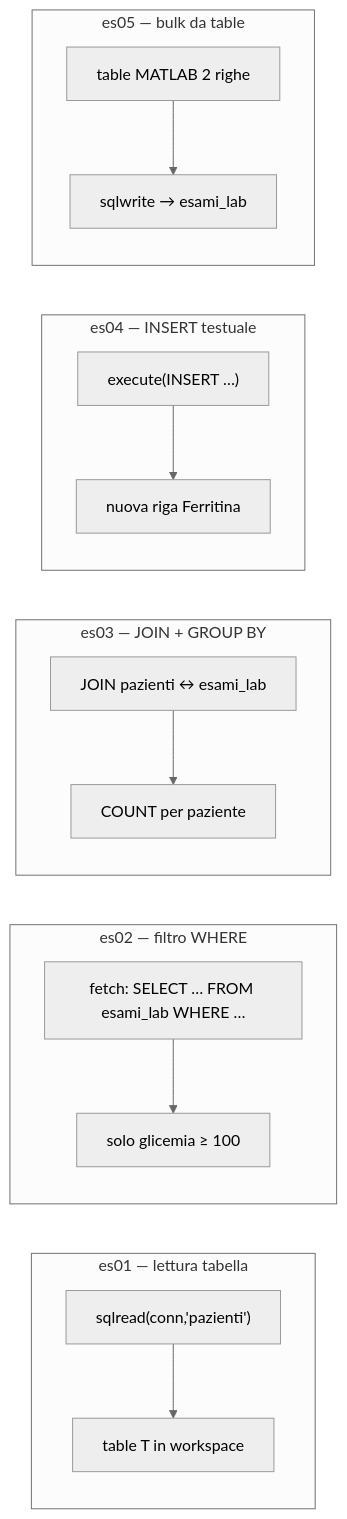
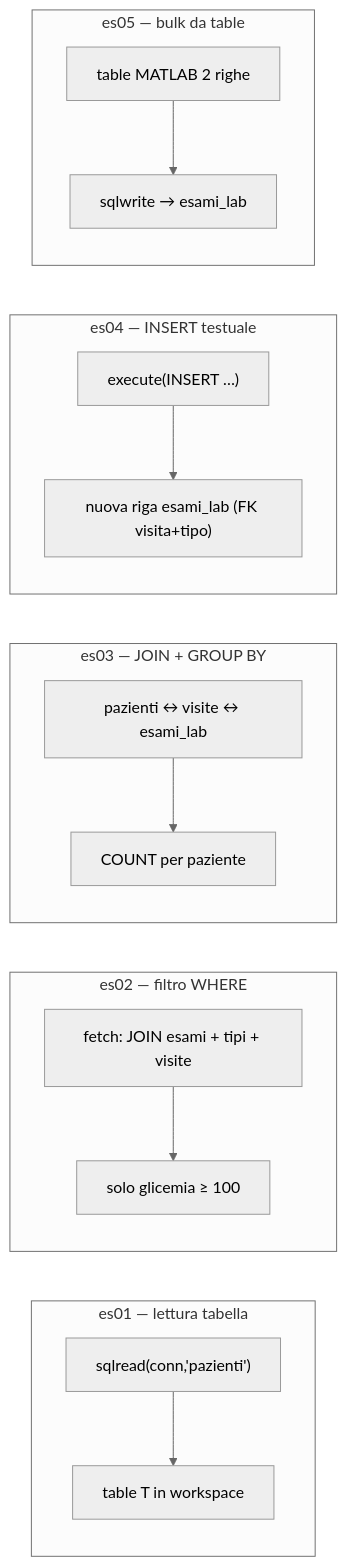
The third of 6 diagrams in 07-matlab-sqlite-database/README.md (lucadagati/Lab_Fondamenti_di_Informatica_25_26), drawn with Mermaid (neutral theme) before and after one commit. The commit also changed other lines of this file and 11 other files, not shown here.

First line of the commit message:
Lab 07: schema SQLite esteso a sei tabelle (LIS didattico)

````diff
--- a/07-matlab-sqlite-database/README.md
+++ b/07-matlab-sqlite-database/README.md
@@ -196,18 +240,18 @@
 ```mermaid
 flowchart LR
     subgraph es01["es01 — lettura tabella"]
         e1a["sqlread(conn,'pazienti')"] --> e1b["table T in workspace"]
     end
     subgraph es02["es02 — filtro WHERE"]
-        e2a["fetch: SELECT … FROM esami_lab WHERE …"] --> e2b["solo glicemia ≥ 100"]
+        e2a["fetch: JOIN esami + tipi + visite"] --> e2b["solo glicemia ≥ 100"]
     end
     subgraph es03["es03 — JOIN + GROUP BY"]
-        e3a["JOIN pazienti ↔ esami_lab"] --> e3b["COUNT per paziente"]
+        e3a["pazienti ↔ visite ↔ esami_lab"] --> e3b["COUNT per paziente"]
     end
     subgraph es04["es04 — INSERT testuale"]
-        e4a["execute(INSERT …)"] --> e4b["nuova riga Ferritina"]
+        e4a["execute(INSERT …)"] --> e4b["nuova riga esami_lab (FK visita+tipo)"]
     end
     subgraph es05["es05 — bulk da table"]
         e5a["table MATLAB 2 righe"] --> e5b["sqlwrite → esami_lab"]
     end
 ```
````
